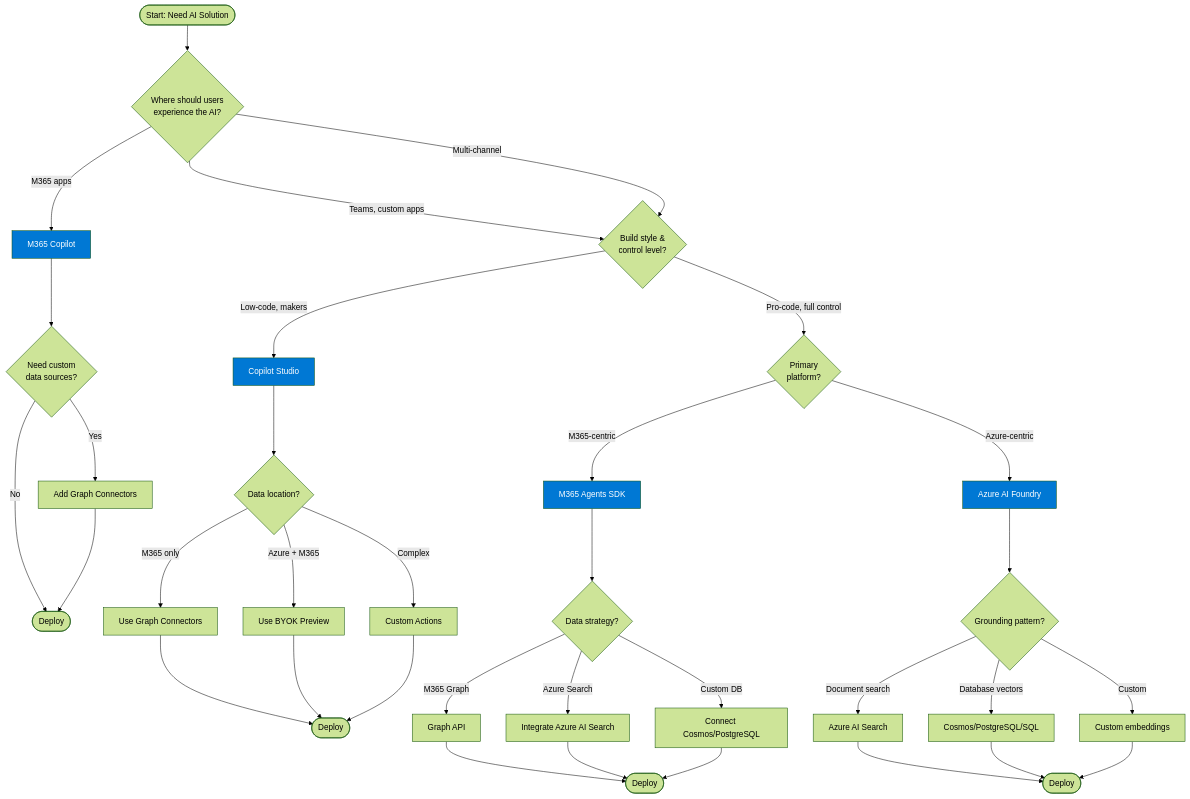
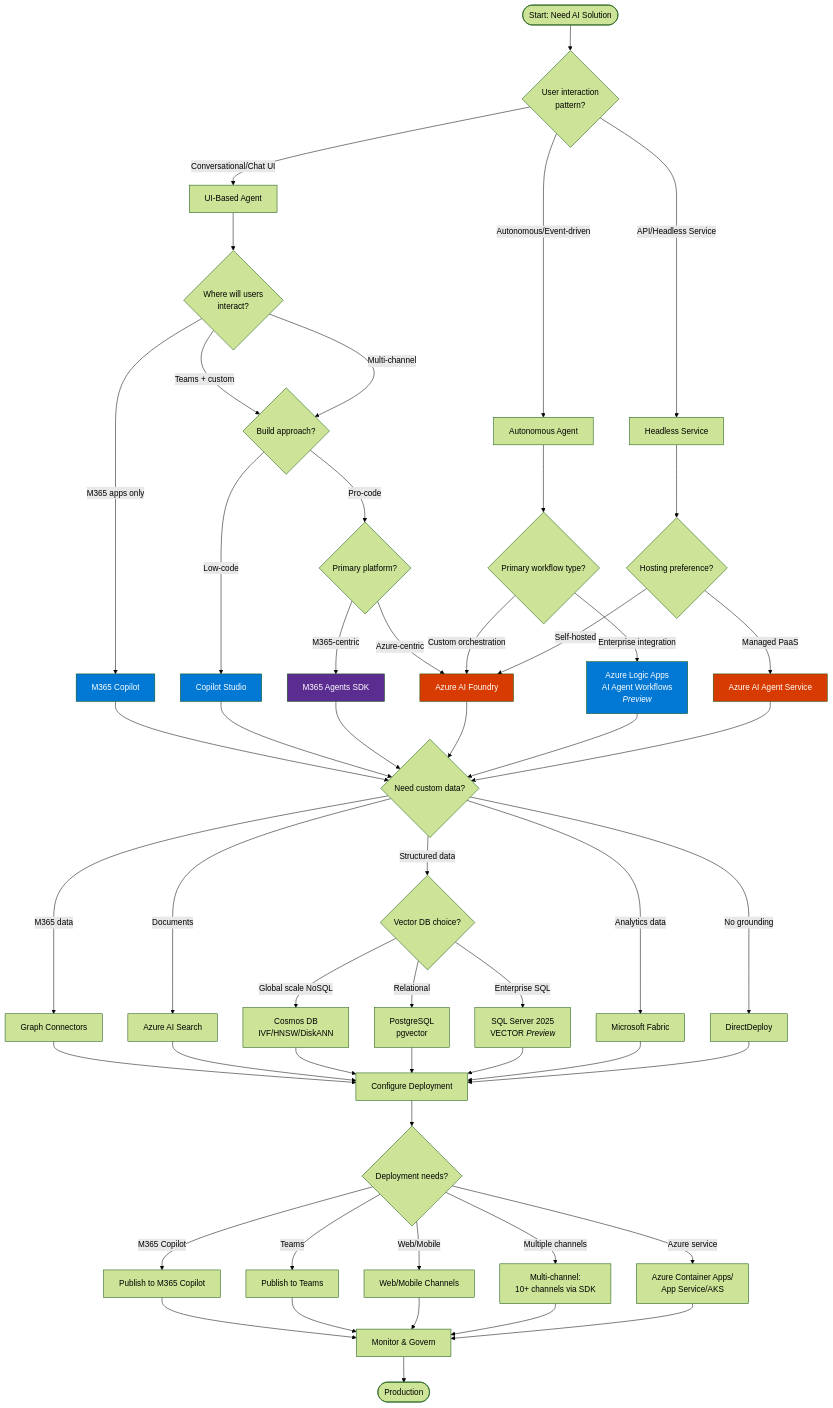
One commit to ChrisMcKee1/microsoft-ai-decision-tree changed the second of 8 diagrams in docs/visual-framework.md. Above: the diagram before and after it, drawn with Mermaid (forest theme). The commit also changed other lines of this file and 11 other files, not shown here.

````diff
--- a/docs/visual-framework.md
+++ b/docs/visual-framework.md
@@ -24,48 +97,74 @@
 ```mermaid
 flowchart TD
-    Start([Start: Need AI Solution]) --> Q1{Where should users<br/>experience the AI?}
+    Start([Start: Need AI Solution]) --> Q1{User interaction<br/>pattern?}
     
-    Q1 -->|M365 apps| M365[M365 Copilot]
-    Q1 -->|Teams, custom apps| Q2{Build style &<br/>control level?}
-    Q1 -->|Multi-channel| Q2
+    Q1 -->|Conversational/Chat UI| UI_Path[UI-Based Agent]
+    Q1 -->|Autonomous/Event-driven| Auto_Path[Autonomous Agent]
+    Q1 -->|API/Headless Service| API_Path[Headless Service]
     
-    Q2 -->|Low-code, makers| Studio[Copilot Studio]
-    Q2 -->|Pro-code, full control| Q3{Primary<br/>platform?}
+    UI_Path --> Q2{Where will users<br/>interact?}
+    Q2 -->|M365 apps only| M365[M365 Copilot]
+    Q2 -->|Teams + custom| Q3{Build approach?}
+    Q2 -->|Multi-channel| Q3
     
-    Q3 -->|M365-centric| SDK[M365 Agents SDK]
-    Q3 -->|Azure-centric| Foundry[Azure AI Foundry]
+    Q3 -->|Low-code| Studio[Copilot Studio]
+    Q3 -->|Pro-code| Q4{Primary platform?}
     
-    M365 --> Data1{Need custom<br/>data sources?}
-    Data1 -->|Yes| Graph[Add Graph Connectors]
-    Data1 -->|No| End1([Deploy])
-    Graph --> End1
+    Q4 -->|M365-centric| SDK[M365 Agents SDK]
+    Q4 -->|Azure-centric| Foundry[Azure AI Foundry]
     
-    Studio --> Data2{Data location?}
-    Data2 -->|M365 only| Studio_M365[Use Graph Connectors]
-    Data2 -->|Azure + M365| Studio_BYOK[Use BYOK Preview]
-    Data2 -->|Complex| Studio_Actions[Custom Actions]
-    Studio_M365 --> End2([Deploy])
-    Studio_BYOK --> End2
-    Studio_Actions --> End2
+    Auto_Path --> Q5{Primary workflow type?}
+    Q5 -->|Enterprise integration| LogicApps[Azure Logic Apps<br/>AI Agent Workflows<br/><i>Preview</i>]
+    Q5 -->|Custom orchestration| Foundry
     
-    SDK --> Data3{Data strategy?}
-    Data3 -->|M365 Graph| SDK_Graph[Graph API]
-    Data3 -->|Azure Search| SDK_Search[Integrate Azure AI Search]
-    Data3 -->|Custom DB| SDK_DB[Connect Cosmos/PostgreSQL]
-    SDK_Graph --> End3([Deploy])
-    SDK_Search --> End3
-    SDK_DB --> End3
+    API_Path --> Q6{Hosting preference?}
+    Q6 -->|Managed PaaS| AgentService[Azure AI Agent Service]
+    Q6 -->|Self-hosted| Foundry
     
-    Foundry --> Data4{Grounding pattern?}
-    Data4 -->|Document search| Foundry_Search[Azure AI Search]
-    Data4 -->|Database vectors| Foundry_DB[Cosmos/PostgreSQL/SQL]
-    Data4 -->|Custom| Foundry_Custom[Custom embeddings]
-    Foundry_Search --> End4([Deploy])
-    Foundry_DB --> End4
-    Foundry_Custom --> End4
+    M365 --> DataQ{Need custom data?}
+    Studio --> DataQ
+    SDK --> DataQ
+    Foundry --> DataQ
+    LogicApps --> DataQ
+    AgentService --> DataQ
+    
+    DataQ -->|M365 data| GraphConn[Graph Connectors]
+    DataQ -->|Documents| AISearch[Azure AI Search]
+    DataQ -->|Structured data| VectorDB{Vector DB choice?}
+    DataQ -->|Analytics data| Fabric[Microsoft Fabric]
+    DataQ -->|No grounding| DirectDeploy
+    
+    VectorDB -->|Global scale NoSQL| CosmosDB[Cosmos DB<br/>IVF/HNSW/DiskANN]
+    VectorDB -->|Relational| PostgreSQL[PostgreSQL<br/>pgvector]
+    VectorDB -->|Enterprise SQL| SQLServer[SQL Server 2025<br/>VECTOR <i>Preview</i>]
+    
+    GraphConn --> DeployConfig
+    AISearch --> DeployConfig
+    CosmosDB --> DeployConfig
+    PostgreSQL --> DeployConfig
+    SQLServer --> DeployConfig
+    Fabric --> DeployConfig
+    DirectDeploy --> DeployConfig
+    
+    DeployConfig[Configure Deployment] --> Q7{Deployment needs?}
+    Q7 -->|M365 Copilot| Deploy_M365[Publish to M365 Copilot]
+    Q7 -->|Teams| Deploy_Teams[Publish to Teams]
+    Q7 -->|Web/Mobile| Deploy_Web[Web/Mobile Channels]
+    Q7 -->|Multiple channels| Deploy_Multi[Multi-channel:<br/>10+ channels via SDK]
+    Q7 -->|Azure service| Deploy_Azure[Azure Container Apps/<br/>App Service/AKS]
+    
+    Deploy_M365 --> Monitor[Monitor & Govern]
+    Deploy_Teams --> Monitor
+    Deploy_Web --> Monitor
+    Deploy_Multi --> Monitor
+    Deploy_Azure --> Monitor
+    
+    Monitor --> End([Production])
     
     style M365 fill:#0078D4,color:#fff
     style Studio fill:#0078D4,color:#fff
-    style SDK fill:#0078D4,color:#fff
-    style Foundry fill:#0078D4,color:#fff
+    style SDK fill:#5C2D91,color:#fff
+    style Foundry fill:#D83B01,color:#fff
+    style LogicApps fill:#0078D4,color:#fff
+    style AgentService fill:#D83B01,color:#fff
 ```
````
